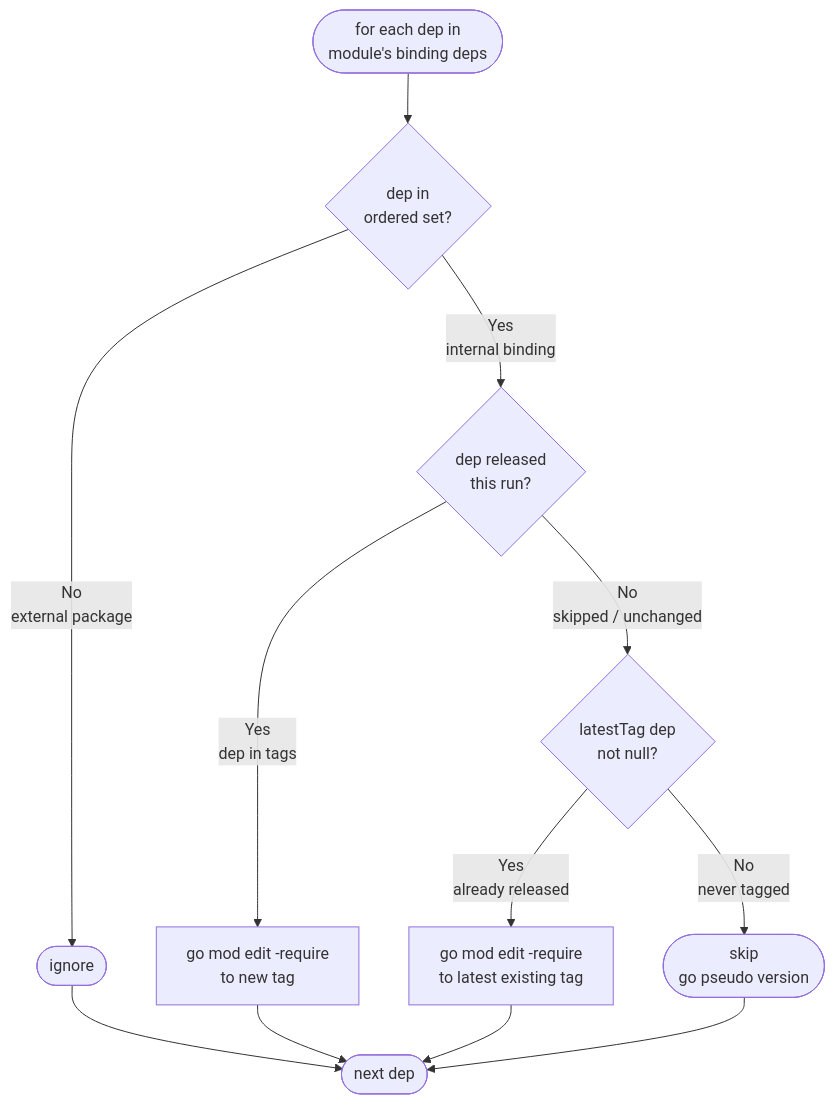
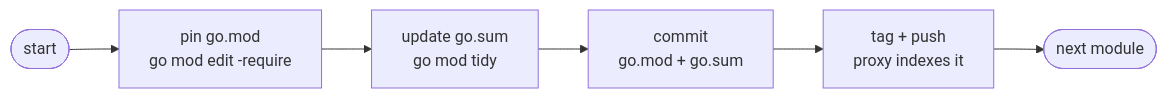
One commit to matthiasbruns/open-component-model changed the diagram in docs/adr/0025_bindings_ci_and_release_strategy.md. Above: the diagram before and after it, drawn with Mermaid. The commit also changed other lines of this file and 2 other files, not shown here.

First line of the commit message:
chore: update to sequencial binding tags

````diff
--- a/docs/adr/0025_bindings_ci_and_release_strategy.md
+++ b/docs/adr/0025_bindings_ci_and_release_strategy.md
@@ -265,14 +274,8 @@
 ```mermaid
-flowchart TD
-    A([for each dep in\nmodule's binding deps]) --> B{dep in\nordered set?}
-    B -- No\nexternal package --> Z([ignore])
-    B -- Yes\ninternal binding --> C{dep released\nthis run?}
-    C -- Yes\ndep in tags --> D[go mod edit -require\nto new tag]
-    C -- No\nskipped / unchanged --> E{latestTag dep\nnot null?}
-    E -- Yes\nalready released --> F[go mod edit -require\nto latest existing tag]
-    E -- No\nnever tagged --> G([skip\ngo pseudo version])
-    D --> H([next dep])
-    F --> H
-    Z --> H
-    G --> H
+flowchart LR
+    A([start]) --> B[pin go.mod\ngo mod edit -require]
+    B --> C[update go.sum\ngo mod tidy]
+    C --> D[commit\ngo.mod + go.sum]
+    D --> E[tag + push\nproxy indexes it]
+    E --> F([next module])
 ```
````
